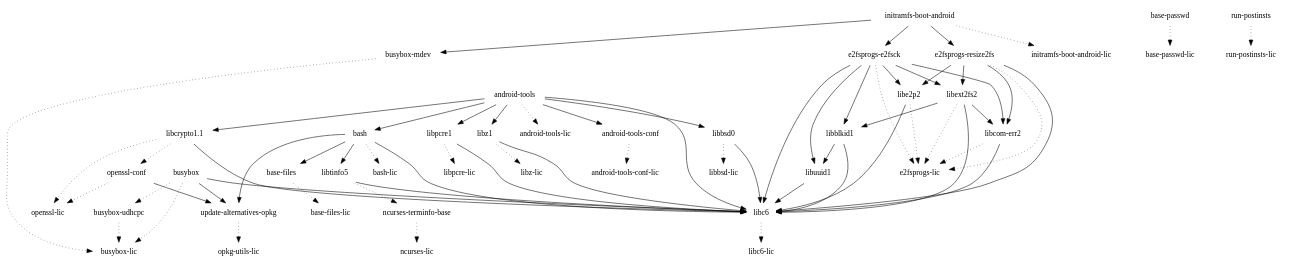
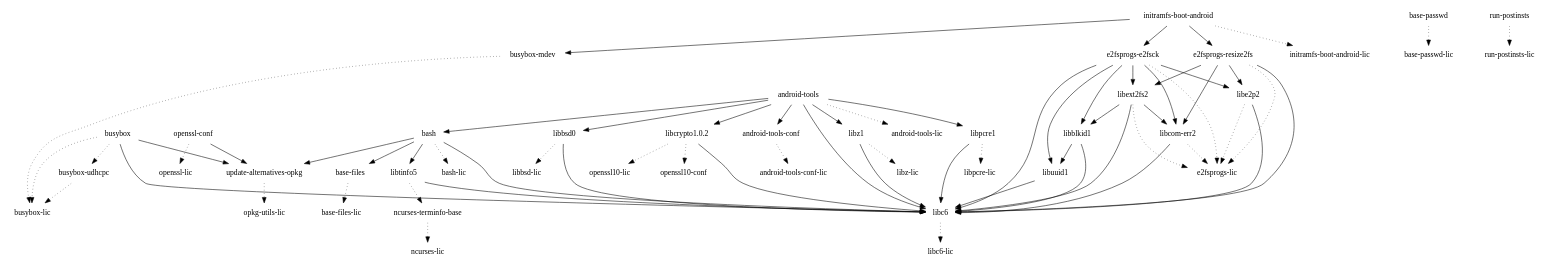
Before and after one commit to webOS-ports/buildhistory: the diagram in images/hammerhead/glibc/initramfs-android-image/depends.dot, drawn with Graphviz. The commit also changed 9334 other files, not shown here.

```diff
--- a/images/hammerhead/glibc/initramfs-android-image/depends.dot
+++ b/images/hammerhead/glibc/initramfs-android-image/depends.dot
@@ -1,69 +1,69 @@
 digraph depends {
     node [shape=plaintext]
 "android-tools" -> "android-tools-conf"
 "android-tools" -> "android-tools-lic" [style=dotted]
 "android-tools" -> "bash"
 "android-tools-conf" -> "android-tools-conf-lic" [style=dotted]
 "android-tools" -> "libbsd0"
 "android-tools" -> "libc6"
-"android-tools" -> "libcrypto1.1"
+"android-tools" -> "libcrypto1.0.2"
 "android-tools" -> "libpcre1"
 "android-tools" -> "libz1"
 "base-files" -> "base-files-lic" [style=dotted]
 "base-passwd" -> "base-passwd-lic" [style=dotted]
 "bash" -> "base-files"
 "bash" -> "bash-lic" [style=dotted]
 "bash" -> "libc6"
 "bash" -> "libtinfo5"
 "bash" -> "update-alternatives-opkg"
 "busybox" -> "busybox-lic" [style=dotted]
 "busybox" -> "busybox-udhcpc" [style=dotted]
 "busybox" -> "libc6"
 "busybox-mdev" -> "busybox-lic" [style=dotted]
 "busybox-udhcpc" -> "busybox-lic" [style=dotted]
 "busybox" -> "update-alternatives-opkg"
 "e2fsprogs-e2fsck" -> "e2fsprogs-lic" [style=dotted]
 "e2fsprogs-e2fsck" -> "libblkid1"
 "e2fsprogs-e2fsck" -> "libc6"
 "e2fsprogs-e2fsck" -> "libcom-err2"
 "e2fsprogs-e2fsck" -> "libe2p2"
 "e2fsprogs-e2fsck" -> "libext2fs2"
 "e2fsprogs-e2fsck" -> "libuuid1"
 "e2fsprogs-resize2fs" -> "e2fsprogs-lic" [style=dotted]
 "e2fsprogs-resize2fs" -> "libc6"
 "e2fsprogs-resize2fs" -> "libcom-err2"
 "e2fsprogs-resize2fs" -> "libe2p2"
 "e2fsprogs-resize2fs" -> "libext2fs2"
 "initramfs-boot-android" -> "busybox-mdev"
 "initramfs-boot-android" -> "e2fsprogs-e2fsck"
 "initramfs-boot-android" -> "e2fsprogs-resize2fs"
 "initramfs-boot-android" -> "initramfs-boot-android-lic" [style=dotted]
 "libblkid1" -> "libc6"
 "libblkid1" -> "libuuid1"
 "libbsd0" -> "libbsd-lic" [style=dotted]
 "libbsd0" -> "libc6"
 "libc6" -> "libc6-lic" [style=dotted]
 "libcom-err2" -> "e2fsprogs-lic" [style=dotted]
 "libcom-err2" -> "libc6"
-"libcrypto1.1" -> "libc6"
-"libcrypto1.1" -> "openssl-conf" [style=dotted]
-"libcrypto1.1" -> "openssl-lic" [style=dotted]
+"libcrypto1.0.2" -> "libc6"
+"libcrypto1.0.2" -> "openssl10-conf" [style=dotted]
+"libcrypto1.0.2" -> "openssl10-lic" [style=dotted]
 "libe2p2" -> "e2fsprogs-lic" [style=dotted]
 "libe2p2" -> "libc6"
 "libext2fs2" -> "e2fsprogs-lic" [style=dotted]
 "libext2fs2" -> "libblkid1"
 "libext2fs2" -> "libc6"
 "libext2fs2" -> "libcom-err2"
 "libpcre1" -> "libc6"
 "libpcre1" -> "libpcre-lic" [style=dotted]
 "libtinfo5" -> "libc6"
 "libtinfo5" -> "ncurses-terminfo-base" [style=dotted]
 "libuuid1" -> "libc6"
 "libz1" -> "libc6"
 "libz1" -> "libz-lic" [style=dotted]
 "ncurses-terminfo-base" -> "ncurses-lic" [style=dotted]
 "openssl-conf" -> "openssl-lic" [style=dotted]
 "openssl-conf" -> "update-alternatives-opkg"
 "run-postinsts" -> "run-postinsts-lic" [style=dotted]
 "update-alternatives-opkg" -> "opkg-utils-lic" [style=dotted]
 }
```
